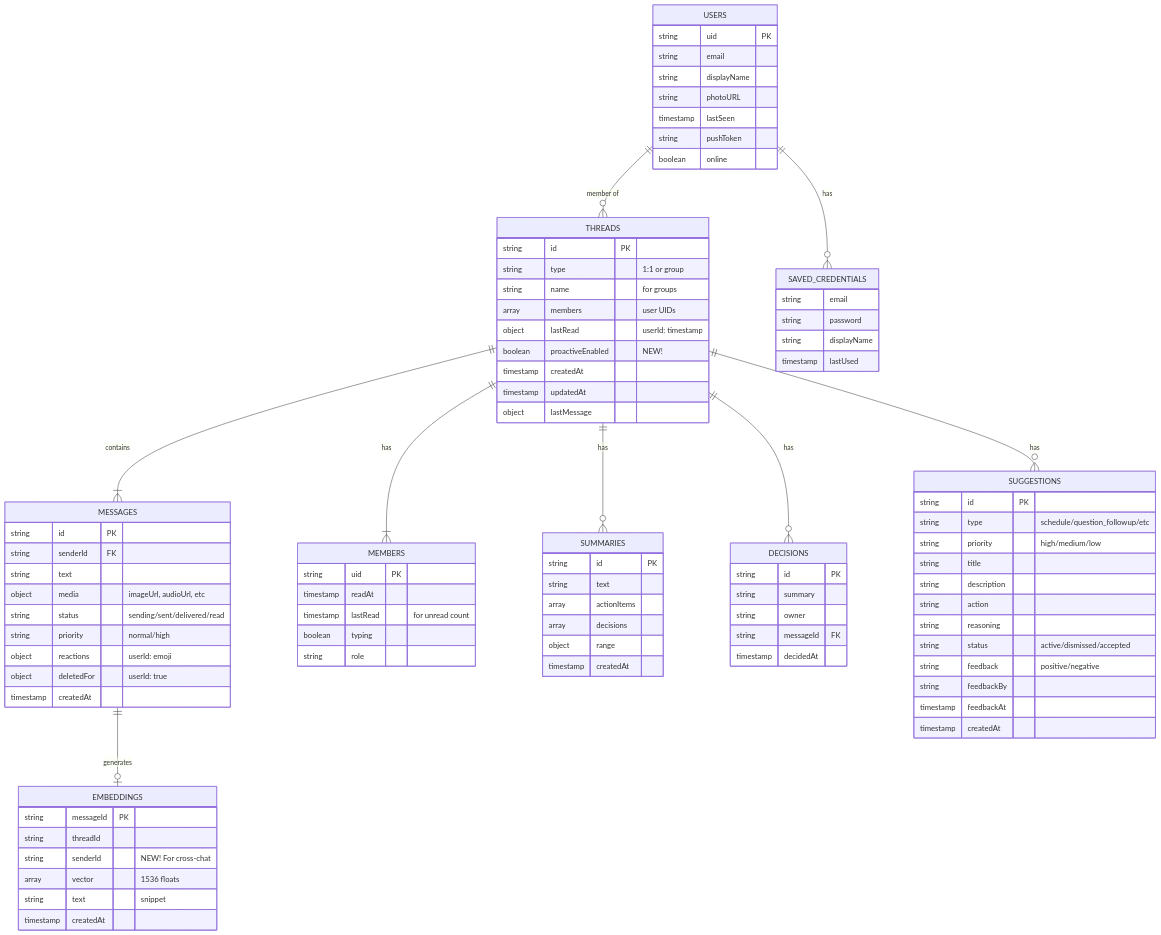
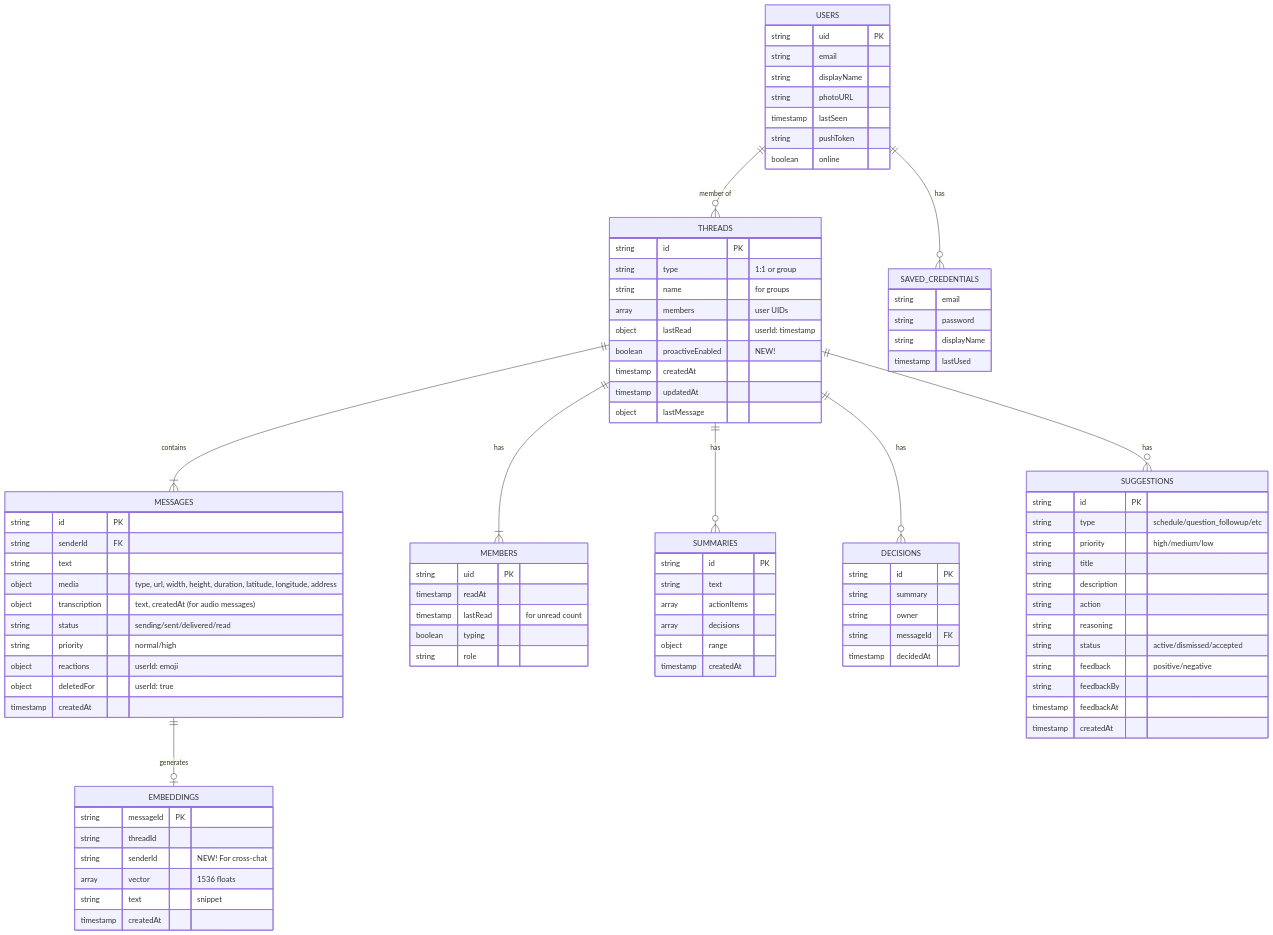
Before and after one commit to mdayku/wazzap: the second of 6 diagrams in ARCHITECTURE.md, drawn with Mermaid. The commit also changed other lines of this file and 2 other files, not shown here.

Commit message:
docs: comprehensive update for AI image generation, voice transcription, and advanced image features

```diff
--- a/ARCHITECTURE.md
+++ b/ARCHITECTURE.md
@@ -435,7 +548,8 @@
         string id PK
         string senderId FK
         string text
-        object media "imageUrl, audioUrl, etc"
+        object media "type, url, width, height, duration, latitude, longitude, address"
+        object transcription "text, createdAt (for audio messages)"
         string status "sending/sent/delivered/read"
         string priority "normal/high"
         object reactions "userId: emoji"
```
